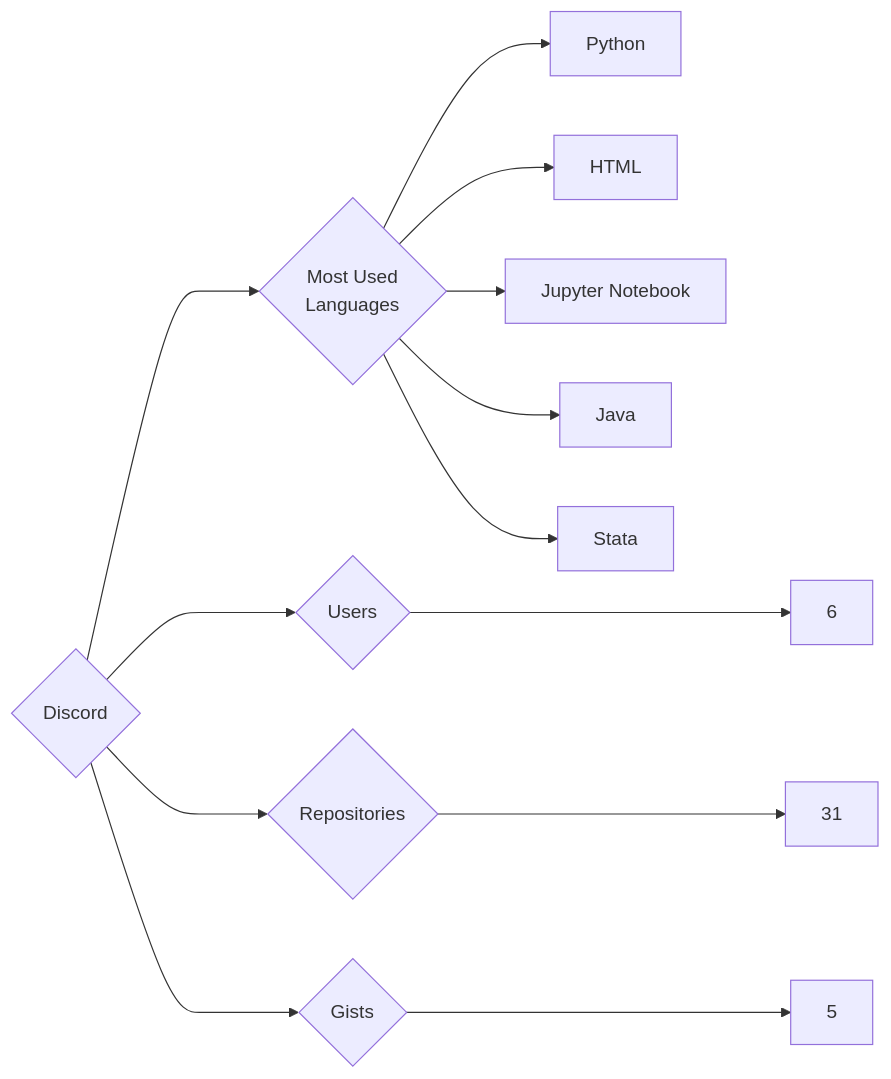
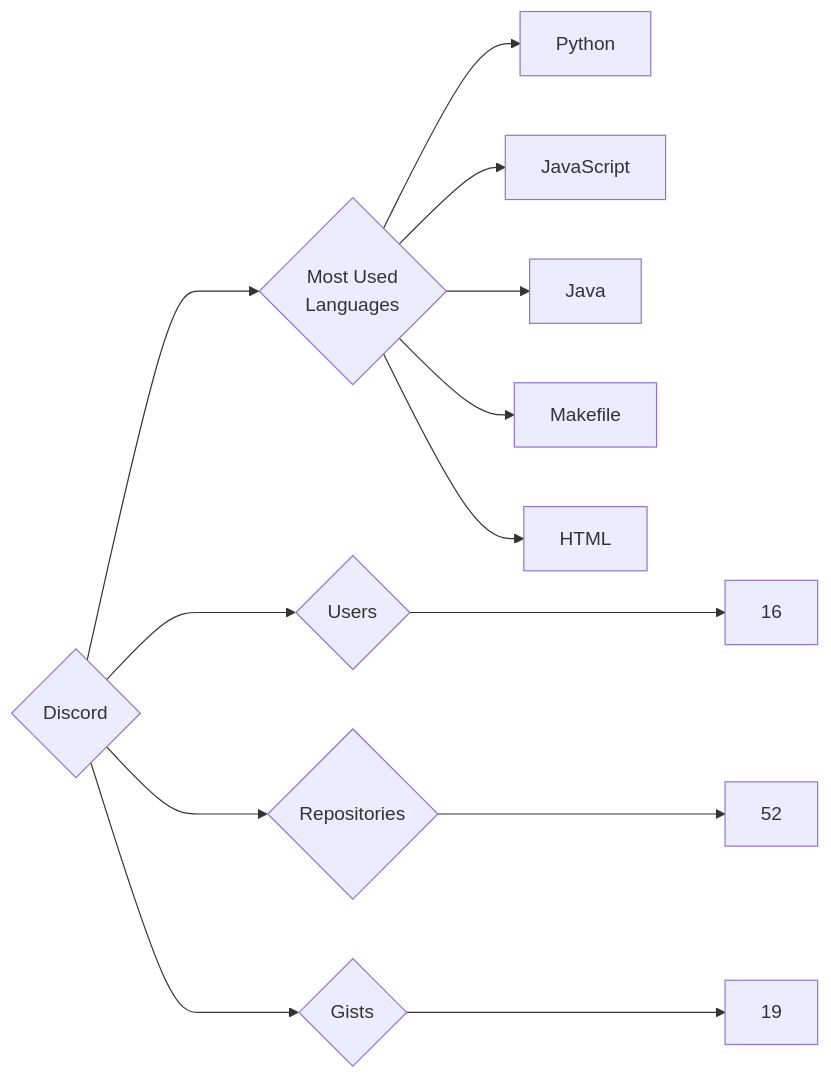
The diagram in targets/Discord/README.md (trickest/insiders), drawn with Mermaid before and after one commit. The commit also changed 611 other files, not shown here.

````diff
--- a/targets/Discord/README.md
+++ b/targets/Discord/README.md
@@ -3,13 +3,13 @@
 ```mermaid
 graph LR
 COMPANY_NAME{Discord}
-COMPANY_NAME ---> U{Users} ---> UN[6]
-COMPANY_NAME ---> R{Repositories} ---> RN[31]
-COMPANY_NAME ---> G{Gists} ---> GN[5]
+COMPANY_NAME ---> U{Users} ---> UN[16]
+COMPANY_NAME ---> R{Repositories} ---> RN[52]
+COMPANY_NAME ---> G{Gists} ---> GN[19]
 COMPANY_NAME ---> ML{Most Used<br>Languages}
 ML --> Python[Python]
+ML --> JavaScript[JavaScript]
+ML --> Java[Java]
+ML --> Makefile[Makefile]
 ML --> HTML[HTML]
-ML --> Jupyter_Notebook[Jupyter Notebook]
-ML --> Java[Java]
-ML --> Stata[Stata]
 ```
````
